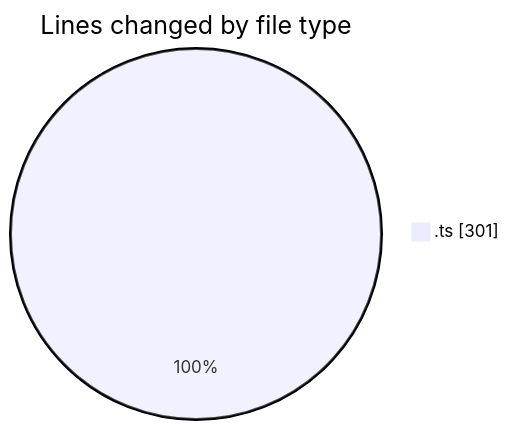
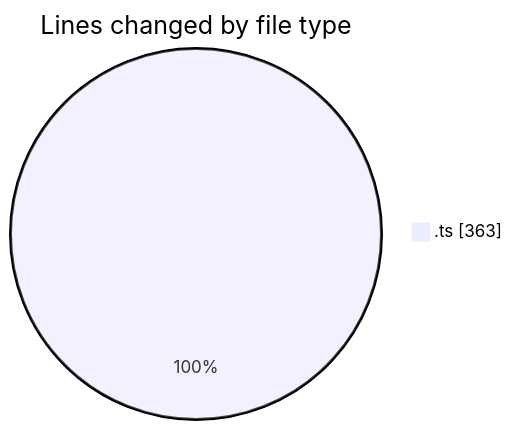
Before and after one commit to Ritupan-Deka/code-tracking: the first of 2 diagrams in 2025-10-19/typescript/README.md, drawn with Mermaid. The commit also changed other lines of this file and 1 other file, not shown here.

````diff
--- a/2025-10-19/typescript/README.md
+++ b/2025-10-19/typescript/README.md
@@ -21,5 +21,5 @@
 ```mermaid
 pie showData
 title Lines changed by file type
-".ts" : 301
+".ts" : 363
 ```
````
